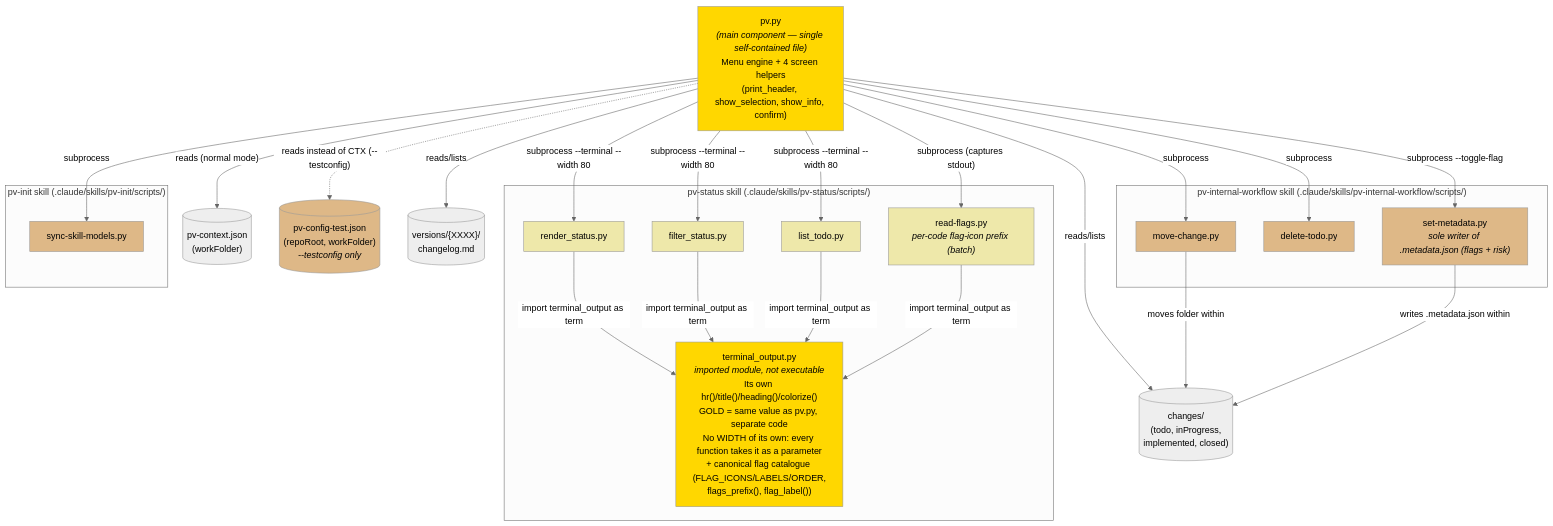
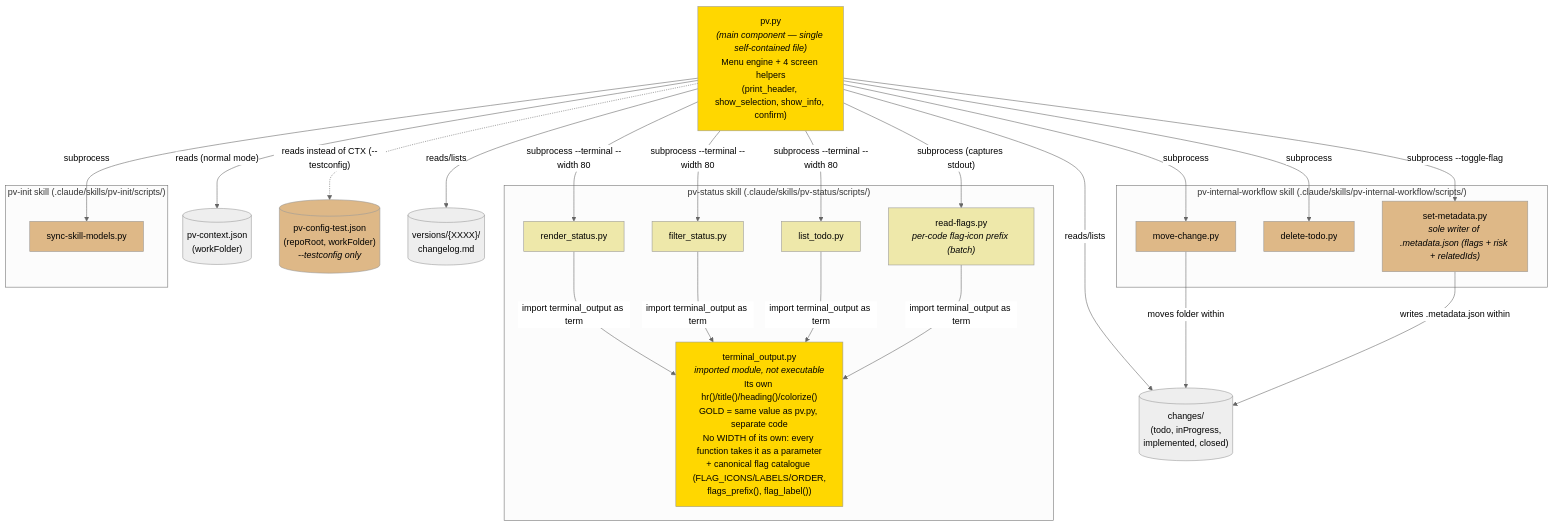
Before and after one commit to yeyopepe/previo-sdd: the second of 2 diagrams in .claude/pv-doc/pv-design-onescript/pv-design-onescript.en.md, drawn with Mermaid (neutral theme). The commit also changed other lines of this file and 15 other files, not shown here.

````diff
--- a/.claude/pv-doc/pv-design-onescript/pv-design-onescript.en.md
+++ b/.claude/pv-doc/pv-design-onescript/pv-design-onescript.en.md
@@ -203,60 +213,60 @@
 ```mermaid
 graph TD
     PV["pv.py<br/><i>(main component — single self-contained file)</i><br/>Menu engine + 4 screen helpers<br/>(print_header, show_selection, show_info, confirm)"]
 
     subgraph SKILL_STATUS ["pv-status skill (.claude/skills/pv-status/scripts/)"]
         TO["terminal_output.py<br/><i>imported module, not executable</i><br/>Its own hr()/title()/heading()/colorize()<br/>GOLD = same value as pv.py, separate code<br/>No WIDTH of its own: every function takes it as a parameter<br/>+ canonical flag catalogue (FLAG_ICONS/LABELS/ORDER,<br/>flags_prefix(), flag_label())"]
         RS["render_status.py"]
         FS["filter_status.py"]
         LT["list_todo.py"]
         RF["read-flags.py<br/><i>per-code flag-icon prefix (batch)</i>"]
 
         RS -->|import terminal_output as term| TO
         FS -->|import terminal_output as term| TO
         LT -->|import terminal_output as term| TO
         RF -->|import terminal_output as term| TO
     end
 
     subgraph SKILL_WORKFLOW ["pv-internal-workflow skill (.claude/skills/pv-internal-workflow/scripts/)"]
         MC["move-change.py"]
         DT["delete-todo.py"]
-        SM["set-metadata.py<br/><i>sole writer of .metadata.json (flags + risk)</i>"]
+        SM["set-metadata.py<br/><i>sole writer of .metadata.json (flags + risk + relatedIds)</i>"]
     end
 
     subgraph SKILL_INIT ["pv-init skill (.claude/skills/pv-init/scripts/)"]
         SSM["sync-skill-models.py"]
     end
 
     CTX[("pv-context.json<br/>(workFolder)")]
     TESTCFG[("pv-config-test.json<br/>(repoRoot, workFolder)<br/><i>--testconfig only</i>")]
     CHANGES[("changes/<br/>(todo, inProgress,<br/>implemented, closed)")]
     VERSIONS[("versions/{XXXX}/<br/>changelog.md")]
 
     PV -->|"subprocess --terminal --width 80"| RS
     PV -->|"subprocess --terminal --width 80"| FS
     PV -->|"subprocess --terminal --width 80"| LT
     PV -->|"subprocess (captures stdout)"| RF
     PV -->|"subprocess"| MC
     PV -->|"subprocess"| DT
     PV -->|"subprocess --toggle-flag"| SM
     PV -->|"subprocess"| SSM
 
     PV -->|"reads (normal mode)"| CTX
     PV -.->|"reads instead of CTX (--testconfig)"| TESTCFG
     PV -->|reads/lists| CHANGES
     PV -->|reads/lists| VERSIONS
     MC -->|moves folder within| CHANGES
     SM -->|writes .metadata.json within| CHANGES
 
     style PV fill:#FFD700
     style TO fill:#FFD700
     style RS fill:#EEE8AA
     style FS fill:#EEE8AA
     style LT fill:#EEE8AA
     style RF fill:#EEE8AA
     style MC fill:#DEB887
     style DT fill:#DEB887
     style SM fill:#DEB887
     style SSM fill:#DEB887
     style TESTCFG fill:#DEB887
 ```
````
